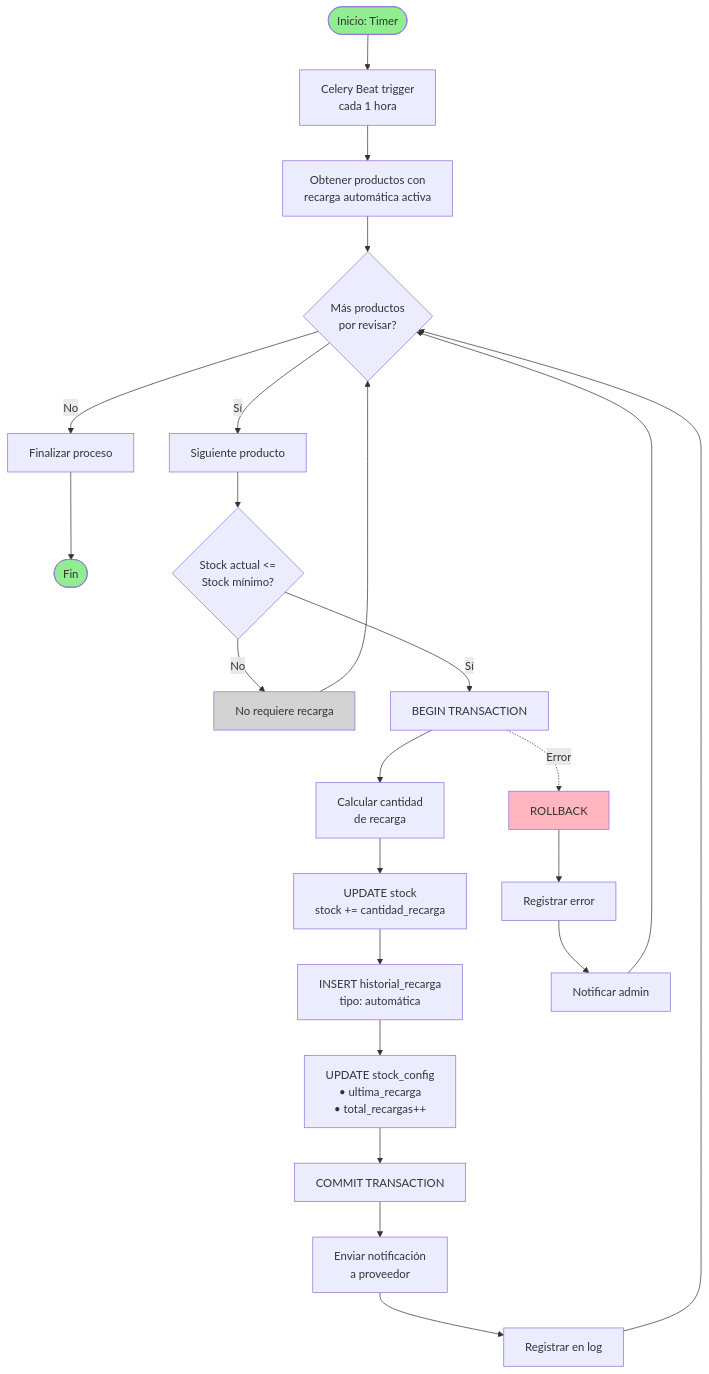
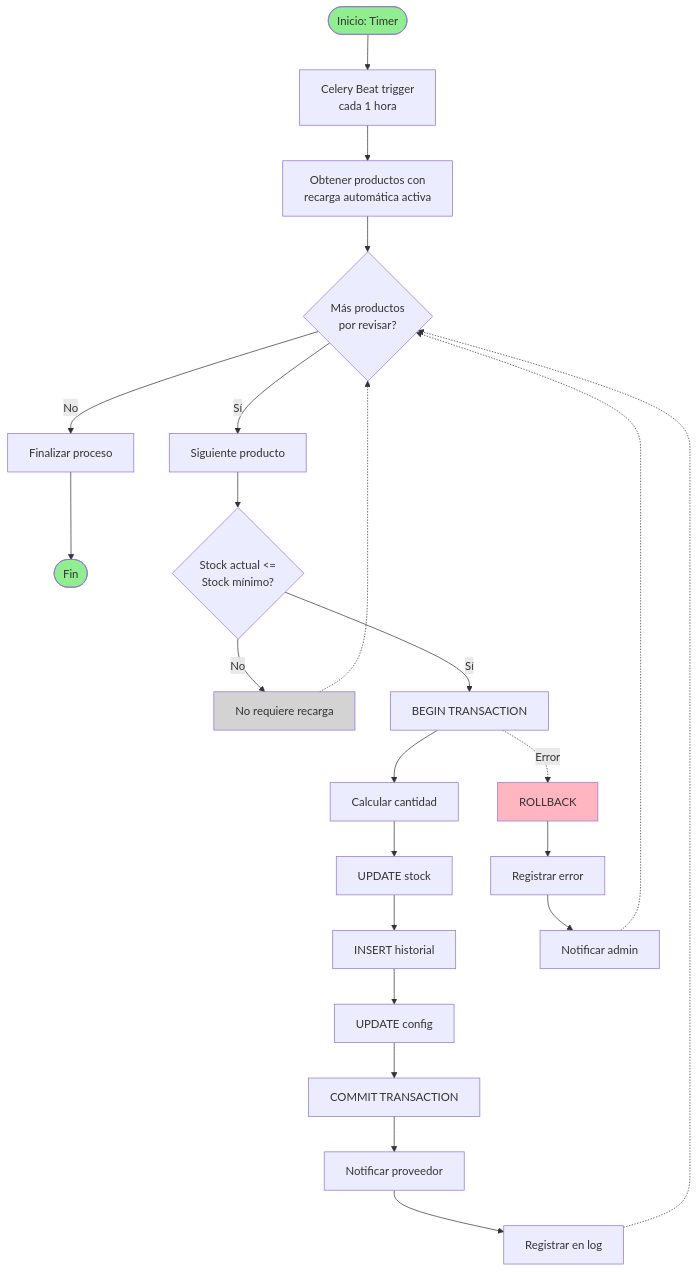
The fourth of 7 diagrams in docs/diagramas/DIAGRAMA_ACTIVIDAD.md (santi18melo/experticie), drawn with Mermaid before and after one commit. The commit also changed other lines of this file and 2 other files, not shown here.

Commit message:
docs: optimize diagrams to reduce crossing lines significantly and restore prod deps

````diff
--- a/docs/diagramas/DIAGRAMA_ACTIVIDAD.md
+++ b/docs/diagramas/DIAGRAMA_ACTIVIDAD.md
@@ -183,37 +189,37 @@
 ```mermaid
 flowchart TD
     Start([Inicio: Timer]) --> Trigger[Celery Beat trigger<br/>cada 1 hora]
     Trigger --> GetProducts[Obtener productos con<br/>recarga automática activa]
     GetProducts --> Loop{Más productos<br/>por revisar?}
     
     Loop -->|No| EndProcess[Finalizar proceso]
     EndProcess --> End([Fin])
     
     Loop -->|Sí| NextProduct[Siguiente producto]
     NextProduct --> CheckStock{Stock actual <=<br/>Stock mínimo?}
     
     CheckStock -->|No| SkipProduct[No requiere recarga]
-    SkipProduct --> Loop
+    SkipProduct -.-> Loop
     
     CheckStock -->|Sí| BeginTrans[BEGIN TRANSACTION]
-    BeginTrans --> CalcRecharge[Calcular cantidad<br/>de recarga]
-    CalcRecharge --> UpdateStock[UPDATE stock<br/>stock += cantidad_recarga]
+    BeginTrans --> CalcRecharge[Calcular cantidad]
+    CalcRecharge --> UpdateStock[UPDATE stock]
     
-    UpdateStock --> LogHistory[INSERT historial_recarga<br/>tipo: automática]
-    LogHistory --> UpdateConfig[UPDATE stock_config<br/>• ultima_recarga<br/>• total_recargas++]
+    UpdateStock --> LogHistory[INSERT historial]
+    LogHistory --> UpdateConfig[UPDATE config]
     
     UpdateConfig --> Commit[COMMIT TRANSACTION]
-    Commit --> SendNotif[Enviar notificación<br/>a proveedor]
+    Commit --> SendNotif[Notificar proveedor]
     SendNotif --> LogEvent[Registrar en log]
-    LogEvent --> Loop
+    LogEvent -.-> Loop
     
     BeginTrans -.Error.-> Rollback[ROLLBACK]
     Rollback --> LogError[Registrar error]
     LogError --> NotifyAdmin[Notificar admin]
-    NotifyAdmin --> Loop
+    NotifyAdmin -.-> Loop
     
     style Start fill:#90EE90
     style End fill:#90EE90
     style SkipProduct fill:#D3D3D3
     style Rollback fill:#FFB6C1
 ```
````
